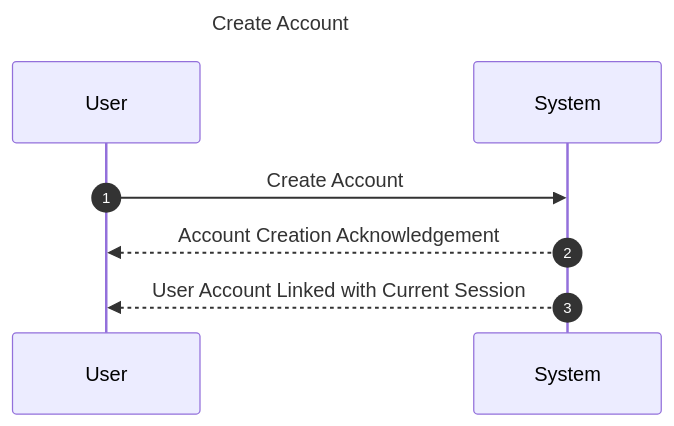
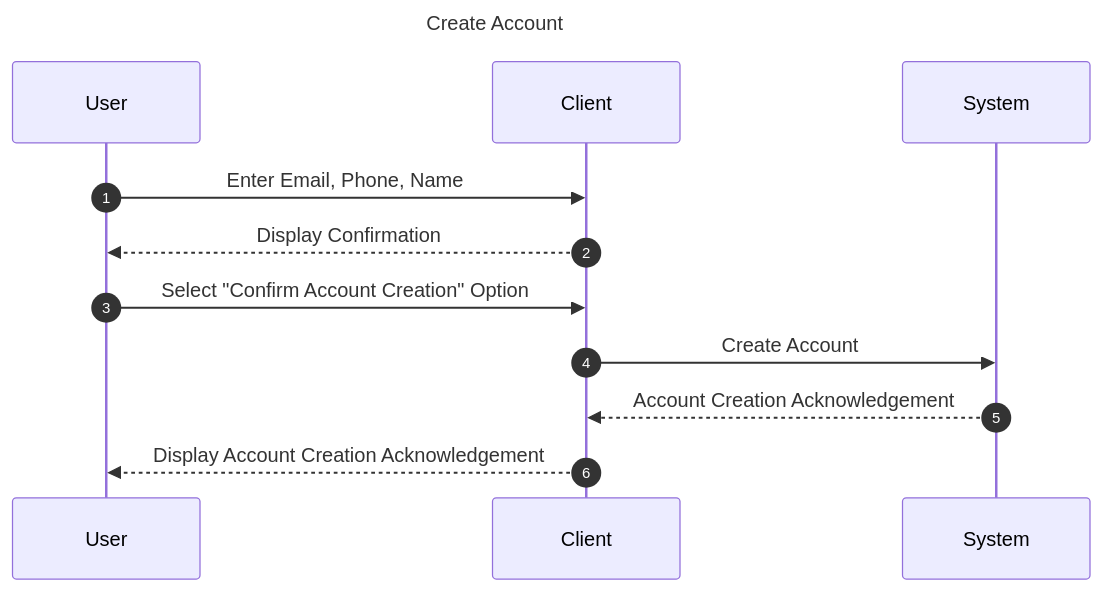
The fourth of 6 diagrams in submittable/system_design_document.md (cliserkad/ecommerce_prototype), drawn with Mermaid before and after one commit. The commit also changed other lines of this file, not shown here.

Commit message:
add client layer to ssd

````diff
--- a/submittable/system_design_document.md
+++ b/submittable/system_design_document.md
@@ -204,12 +213,16 @@
 ```mermaid
 ---
 title: Create Account
 ---
 sequenceDiagram
     autonumber
     participant u as User
+    participant c as Client
     participant s as System
-    u ->> s: Create Account
-    s -->> u: Account Creation Acknowledgement
-    s -->> u: User Account Linked with Current Session
+    u ->> c: Enter Email, Phone, Name
+    c -->> u: Display Confirmation 
+    u ->> c: Select "Confirm Account Creation" Option
+    c ->> s: Create Account
+    s -->> c: Account Creation Acknowledgement
+    c -->> u: Display Account Creation Acknowledgement
 ```
````
